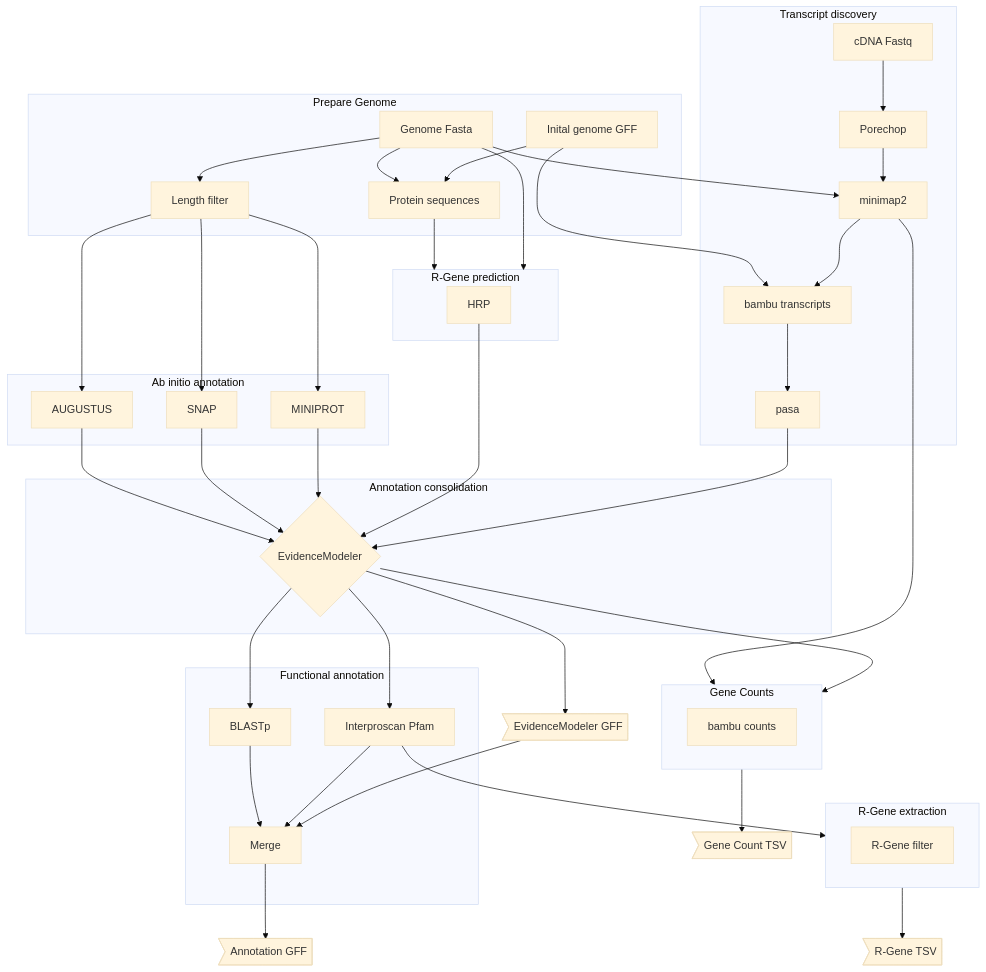
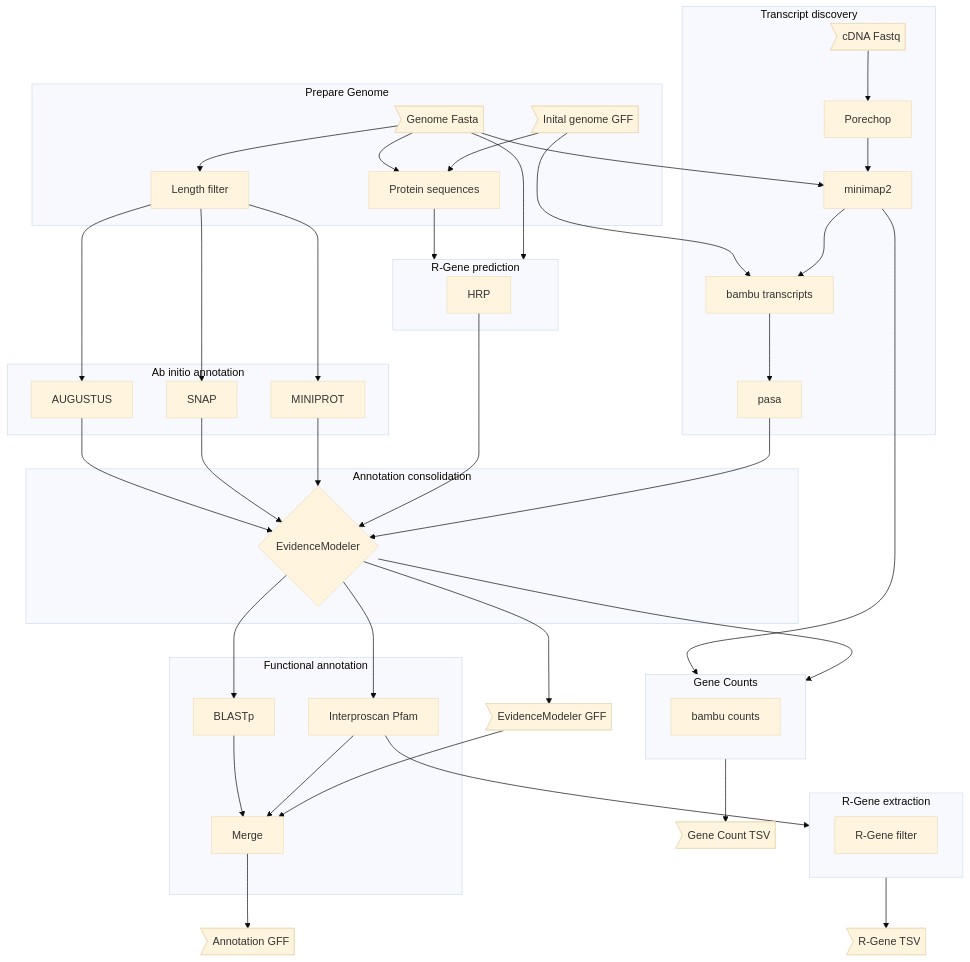
Before and after one commit to nschan/nf-annotate: the first of 2 diagrams in README.md, drawn with Mermaid (base theme). The commit also changed other lines of this file, not shown here.

````diff
--- a/README.md
+++ b/README.md
@@ -15,53 +15,53 @@
 ```mermaid
 graph TD;
     subgraph Prepare Genome
-    gfasta[Genome Fasta] --> lfilt[Length filter];
+    gfasta>Genome Fasta] --> lfilt[Length filter];
     gfasta --> pseqs[Protein sequences];
-    ggff[Inital genome GFF] --> pseqs;
+    ggff>Inital genome GFF] --> pseqs;
     end
-    subgraph Ab initio annotation
+    subgraph abinitio[Ab initio annotation]
     lfilt --> AUGUSTUS;
     lfilt --> SNAP;
     lfilt --> MINIPROT;
     end
     subgraph hrp[R-Gene prediction]
     HRP
     end
     pseqs --> hrp
     gfasta --> hrp
     subgraph Transcript discovery
-    cDNA[cDNA Fastq] --> Porechop;
+    cDNA>cDNA Fastq] --> Porechop;
     Porechop --> minimap2;
     gfasta --> minimap2;
     ggff --> batrans[bambu transcripts]
     minimap2 --> batrans;
     batrans --> pasa;
     end
     subgraph Annotation consolidation
     AUGUSTUS --> EvidenceModeler{EvidenceModeler};
     SNAP --> EvidenceModeler;
     MINIPROT --> EvidenceModeler;
     HRP --> EvidenceModeler;
     pasa --> EvidenceModeler;
     end
     EvidenceModeler --> evGFF>EvidenceModeler GFF]
     subgraph counts[Gene Counts]
     bacounts[bambu counts]
     end
     subgraph Rgene[R-Gene extraction]
     rgene[R-Gene filter];
     end
     pfam --> Rgene
     Rgene --> r_tsv>R-Gene TSV];
     minimap2 --> counts;
     EvidenceModeler --> counts;
     counts --> tsv_count>Gene Count TSV];
     subgraph Functional annotation
     EvidenceModeler --> BLASTp;
     EvidenceModeler --> pfam[Interproscan Pfam];
     BLASTp --> func[Merge];
     pfam --> func;
     end
     evGFF --> func
     func --> gff_anno>Annotation GFF];
 ```
````
